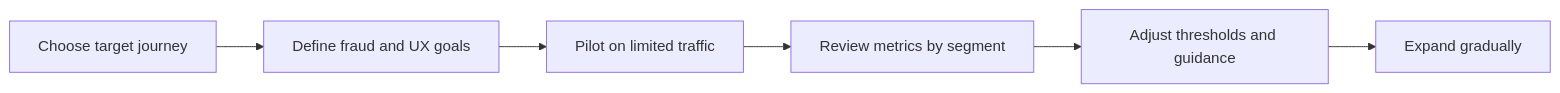
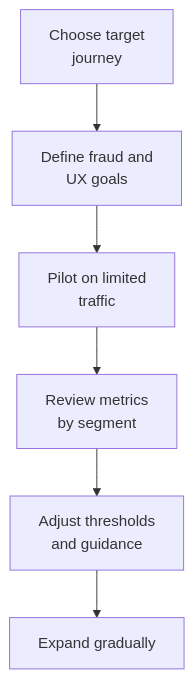
Before and after one commit to Nivratti/ekyc-face-liveness-playbook: the diagram in docs/10-product-guide.md, drawn with Mermaid. The commit also changed 31 other files, not shown here.

Commit message:
docs: improve mermaid diagram readability by converting wide flows to vertical layouts

````diff
--- a/docs/10-product-guide.md
+++ b/docs/10-product-guide.md
@@ -102,8 +102,8 @@
 ```mermaid
-flowchart LR
-    A[Choose target journey] --> B[Define fraud and UX goals]
-    B --> C[Pilot on limited traffic]
-    C --> D[Review metrics by segment]
-    D --> E[Adjust thresholds and guidance]
+flowchart TB
+    A[Choose target<br/>journey] --> B[Define fraud and<br/>UX goals]
+    B --> C[Pilot on limited<br/>traffic]
+    C --> D[Review metrics<br/>by segment]
+    D --> E[Adjust thresholds<br/>and guidance]
     E --> F[Expand gradually]
 ```
````
